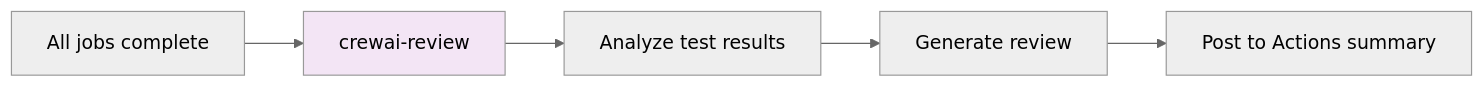
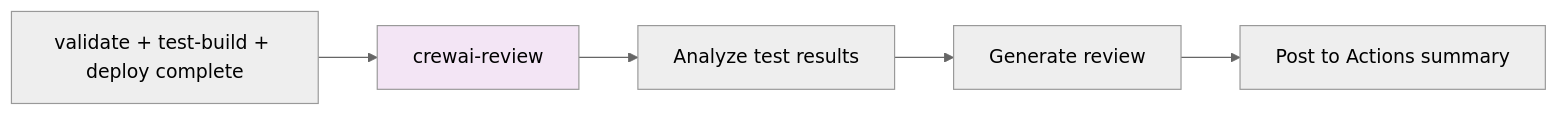
Before and after one commit to SuperiorByteWorks-LLC/ag-skills-demo: the fifth of 12 diagrams in .github/workflows/README.md, drawn with Mermaid (neutral theme). The commit also changed other lines of this file and 74 other files, not shown here.

````diff
--- a/.github/workflows/README.md
+++ b/.github/workflows/README.md
@@ -134,9 +182,9 @@
 ```mermaid
 graph LR
-    A[All jobs complete] --> B[crewai-review]
-    B --> C[Analyze test results]
-    C --> D[Generate review]
-    D --> E[Post to Actions summary]
-    
-    style B fill:#f3e5f5
+A[validate + test-build + deploy complete] --> B[crewai-review]
+B --> C[Analyze test results]
+C --> D[Generate review]
+D --> E[Post to Actions summary]
+
+style B fill:#f3e5f5
 ```
````
